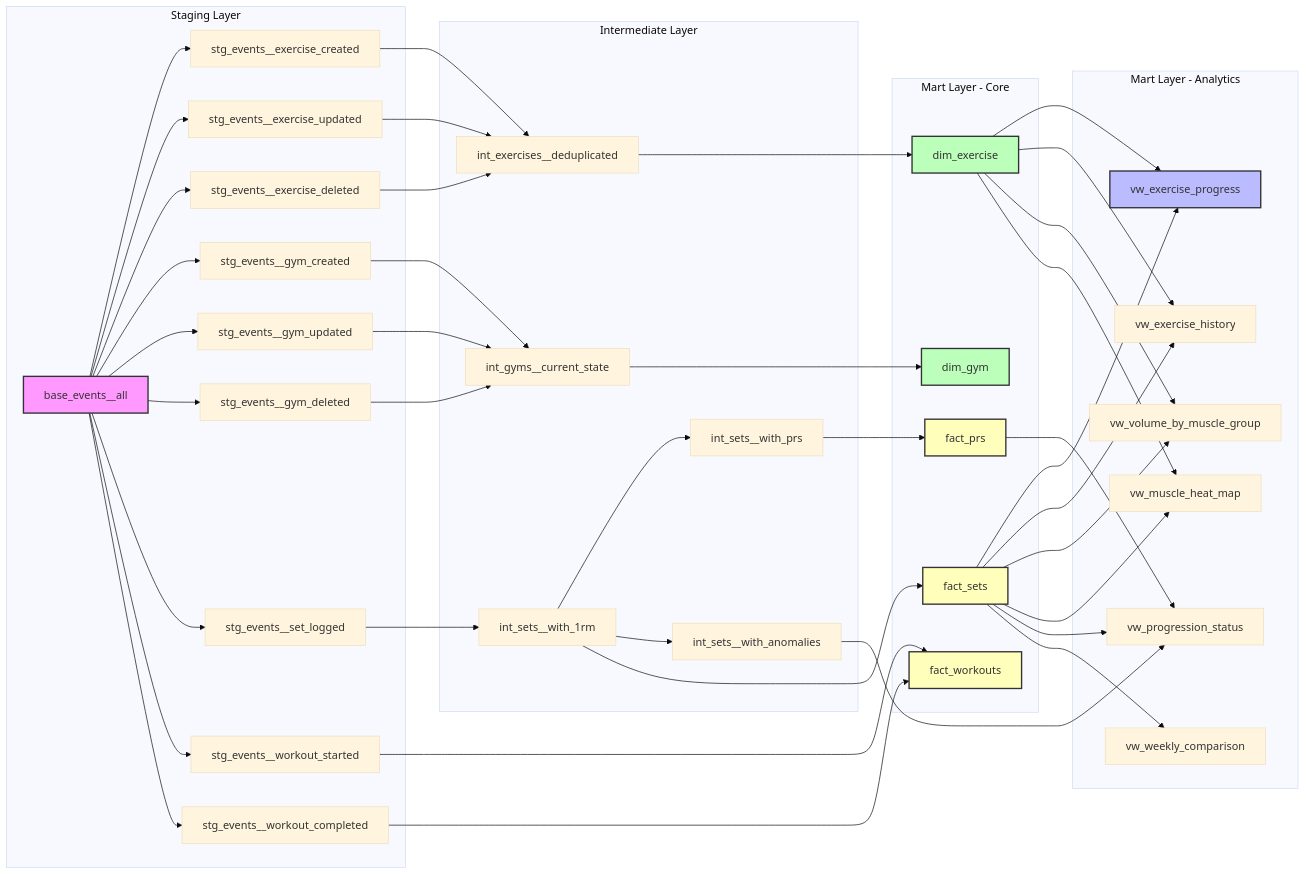
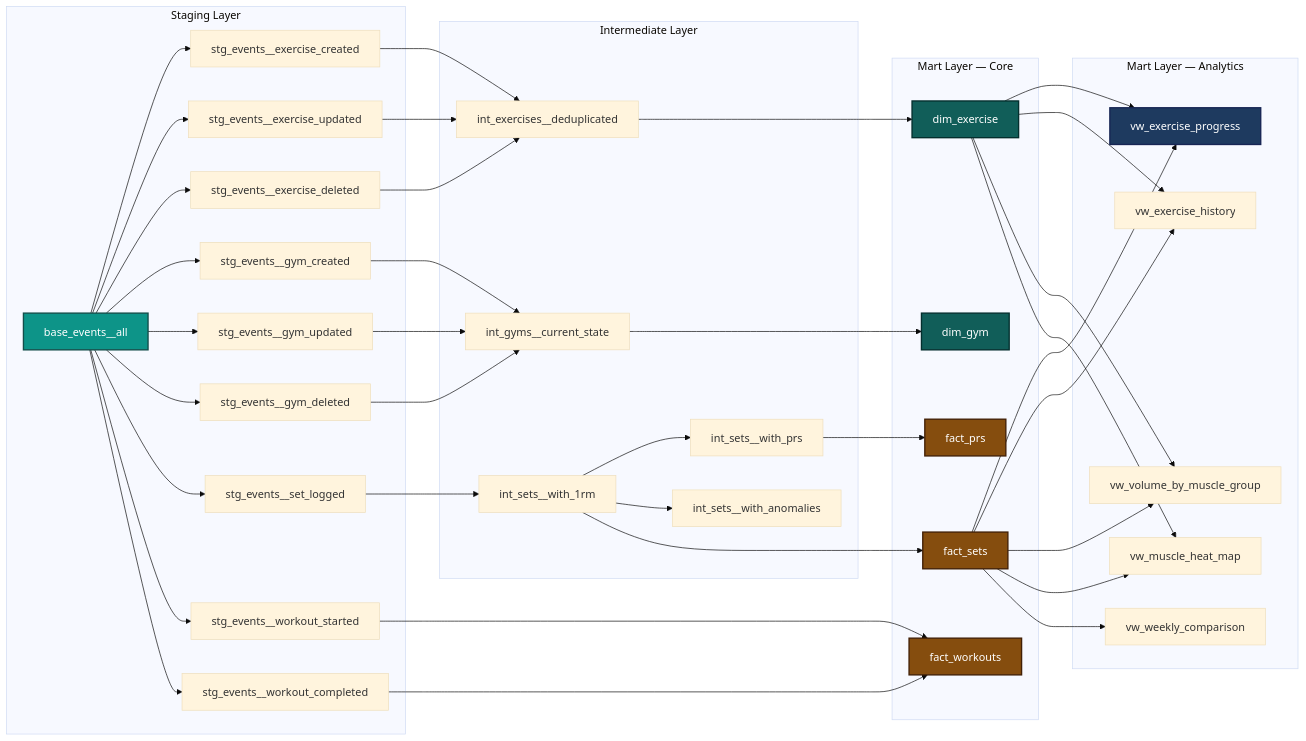
One commit to pedro-mesquita7/gymlog changed the second of 2 diagrams in README.md. Above: the diagram before and after it, drawn with Mermaid (base theme). The commit also changed other lines of this file, not shown here.

````diff
--- a/README.md
+++ b/README.md
@@ -154,71 +162,69 @@
 ```mermaid
 graph LR
     subgraph "Staging Layer"
         BASE[base_events__all]
         EX_C[stg_events__exercise_created]
         EX_U[stg_events__exercise_updated]
         EX_D[stg_events__exercise_deleted]
         GYM_C[stg_events__gym_created]
         GYM_U[stg_events__gym_updated]
         GYM_D[stg_events__gym_deleted]
         SET[stg_events__set_logged]
         WO_S[stg_events__workout_started]
         WO_C[stg_events__workout_completed]
     end
 
     subgraph "Intermediate Layer"
         INT_EX[int_exercises__deduplicated]
         INT_GYM[int_gyms__current_state]
         INT_1RM[int_sets__with_1rm]
         INT_PR[int_sets__with_prs]
         INT_ANOM[int_sets__with_anomalies]
     end
 
-    subgraph "Mart Layer - Core"
+    subgraph "Mart Layer — Core"
         DIM_EX[dim_exercise]
         DIM_GYM[dim_gym]
         FACT_SETS[fact_sets]
         FACT_WO[fact_workouts]
         FACT_PRS[fact_prs]
     end
 
-    subgraph "Mart Layer - Analytics"
+    subgraph "Mart Layer — Analytics"
         VW_PROG[vw_exercise_progress]
         VW_HIST[vw_exercise_history]
         VW_VOL[vw_volume_by_muscle_group]
         VW_HEAT[vw_muscle_heat_map]
-        VW_STATUS[vw_progression_status]
         VW_WEEK[vw_weekly_comparison]
     end
 
     %% Staging to Intermediate
     BASE --> EX_C & EX_U & EX_D & GYM_C & GYM_U & GYM_D & SET & WO_S & WO_C
     EX_C & EX_U & EX_D --> INT_EX
     GYM_C & GYM_U & GYM_D --> INT_GYM
     SET --> INT_1RM
     INT_1RM --> INT_PR
     INT_1RM --> INT_ANOM
 
     %% Intermediate to Core Marts
     INT_EX --> DIM_EX
     INT_GYM --> DIM_GYM
     INT_1RM --> FACT_SETS
     WO_S & WO_C --> FACT_WO
     INT_PR --> FACT_PRS
 
     %% Core to Analytics
     FACT_SETS & DIM_EX --> VW_PROG
     FACT_SETS & DIM_EX --> VW_HIST
     FACT_SETS & DIM_EX --> VW_VOL
     FACT_SETS & DIM_EX --> VW_HEAT
-    FACT_SETS & FACT_PRS & INT_ANOM --> VW_STATUS
     FACT_SETS --> VW_WEEK
 
-    style BASE fill:#f9f,stroke:#333,stroke-width:2px
-    style DIM_EX fill:#bfb,stroke:#333,stroke-width:2px
-    style DIM_GYM fill:#bfb,stroke:#333,stroke-width:2px
-    style FACT_SETS fill:#ffb,stroke:#333,stroke-width:2px
-    style FACT_WO fill:#ffb,stroke:#333,stroke-width:2px
-    style FACT_PRS fill:#ffb,stroke:#333,stroke-width:2px
-    style VW_PROG fill:#bbf,stroke:#333,stroke-width:2px
+    style BASE fill:#0d9488,stroke:#134e4a,stroke-width:2px,color:#fff
+    style DIM_EX fill:#115e59,stroke:#042f2e,stroke-width:2px,color:#fff
+    style DIM_GYM fill:#115e59,stroke:#042f2e,stroke-width:2px,color:#fff
+    style FACT_SETS fill:#854d0e,stroke:#422006,stroke-width:2px,color:#fff
+    style FACT_WO fill:#854d0e,stroke:#422006,stroke-width:2px,color:#fff
+    style FACT_PRS fill:#854d0e,stroke:#422006,stroke-width:2px,color:#fff
+    style VW_PROG fill:#1e3a5f,stroke:#172554,stroke-width:2px,color:#fff
 ```
````
